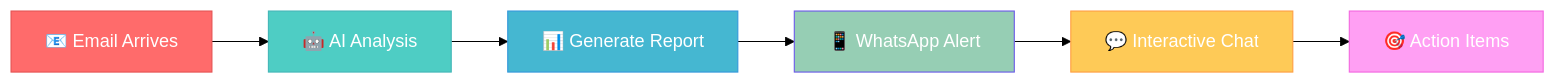
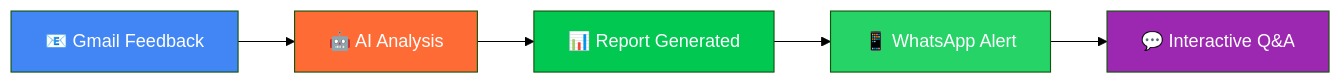
One commit to auraCodesKM/kavin changed the second of 2 diagrams in README.md. Above: the diagram before and after it, drawn with Mermaid (forest theme). The commit also changed other lines of this file, not shown here.

````diff
--- a/README.md
+++ b/README.md
@@ -483,15 +196,13 @@
 ```mermaid
 graph LR
-    A[📧 Email Arrives] --> B[🤖 AI Analysis]
-    B --> C[📊 Generate Report]
+    A[📧 Gmail Feedback] --> B[🤖 AI Analysis]
+    B --> C[📊 Report Generated]
     C --> D[📱 WhatsApp Alert]
-    D --> E[💬 Interactive Chat]
-    E --> F[🎯 Action Items]
+    D --> E[💬 Interactive Q&A]
     
-    style A fill:#FF6B6B,stroke:#E55353,color:#fff
-    style B fill:#4ECDC4,stroke:#45B7B8,color:#fff
-    style C fill:#45B7D1,stroke:#3498DB,color:#fff
-    style D fill:#96CEB4,stroke:#6C5CE7,color:#fff
-    style E fill:#FECA57,stroke:#FF9F43,color:#fff
-    style F fill:#FF9FF3,stroke:#F368E0,color:#fff
+    style A fill:#4285F4,color:#fff
+    style B fill:#FF6B35,color:#fff
+    style C fill:#00C851,color:#fff
+    style D fill:#25D366,color:#fff
+    style E fill:#9C27B0,color:#fff
 ```
````
